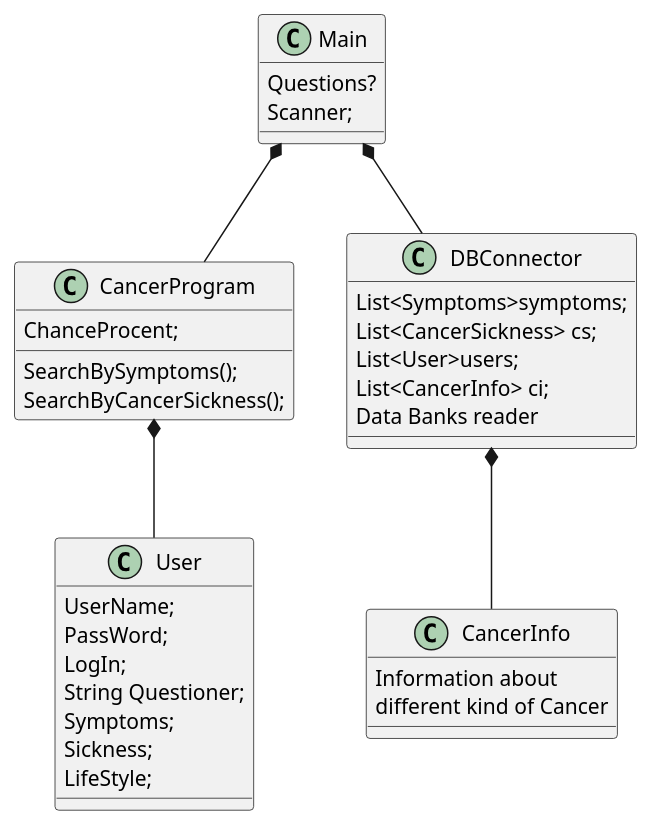
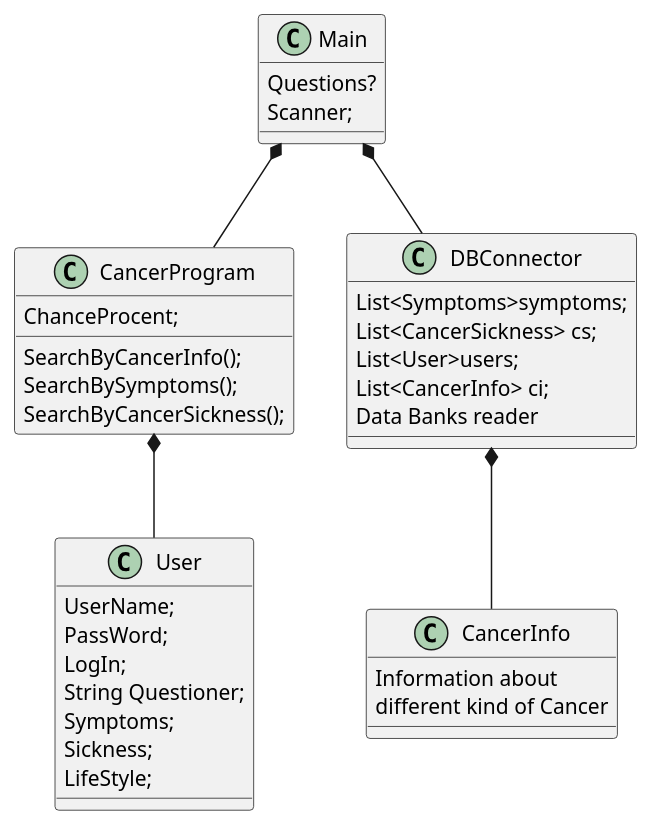
The diagram in src/ICE Gruppe F.puml (Fjumre/ICE-Gruppe-F), drawn with PlantUML before and after one commit.

Commit message:
Update ICE Gruppe F.puml

```diff
--- a/src/ICE Gruppe F.puml
+++ b/src/ICE Gruppe F.puml
@@ -1,47 +1,47 @@
 @startuml
 'https://plantuml.com/sequence-diagram
 
 
 
 Class Main{
 Questions?
 Scanner;
 }
 
 Class CancerProgram{
-
 ChanceProcent;
+SearchByCancerInfo();
 SearchBySymptoms();
 SearchByCancerSickness();
 }
 
 Class User{
 UserName;
 PassWord;
 LogIn;
 String Questioner;
 Symptoms;
 Sickness;
 LifeStyle;
 }
 
 Class CancerInfo{
 
 Information about
 different kind of Cancer
 }
 
 Class DBConnector{
 List<Symptoms>symptoms;
 List<CancerSickness> cs;
 List<User>users;
 List<CancerInfo> ci;
 Data Banks reader
 }
 
 Main *-- DBConnector
 Main *-- CancerProgram
 CancerProgram *-- User
 DBConnector *-- CancerInfo
 
 @enduml
```
